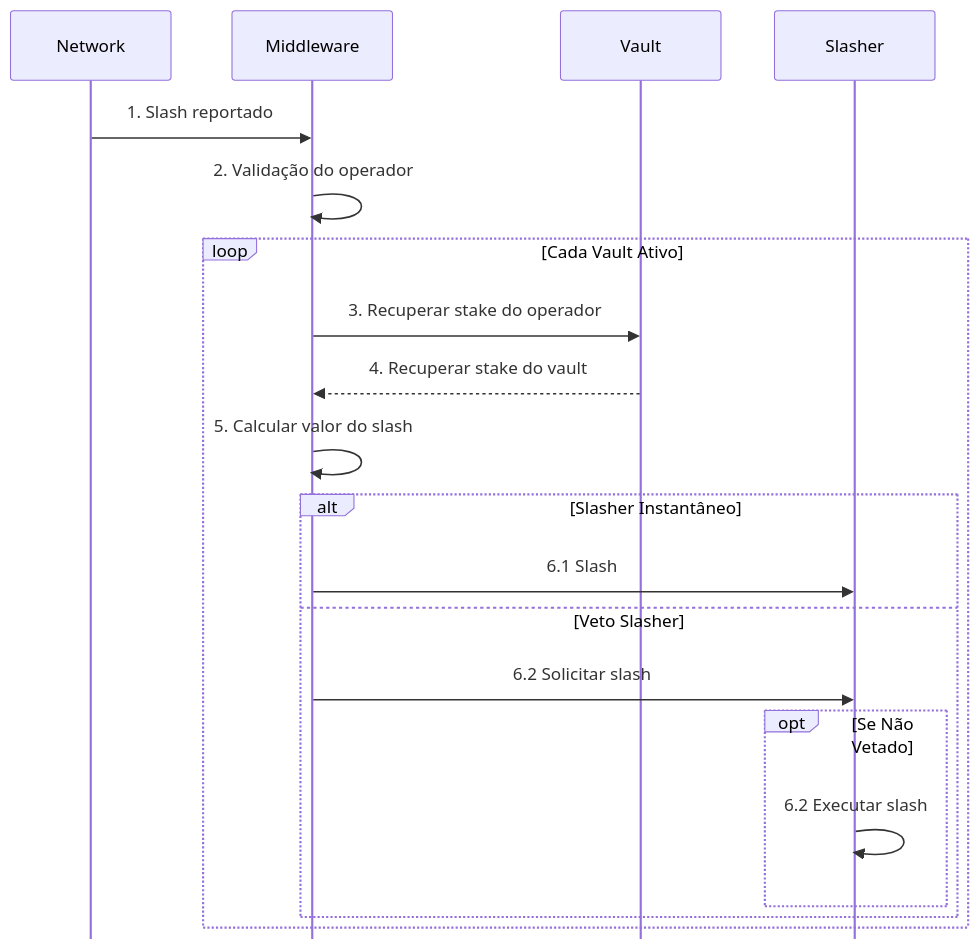
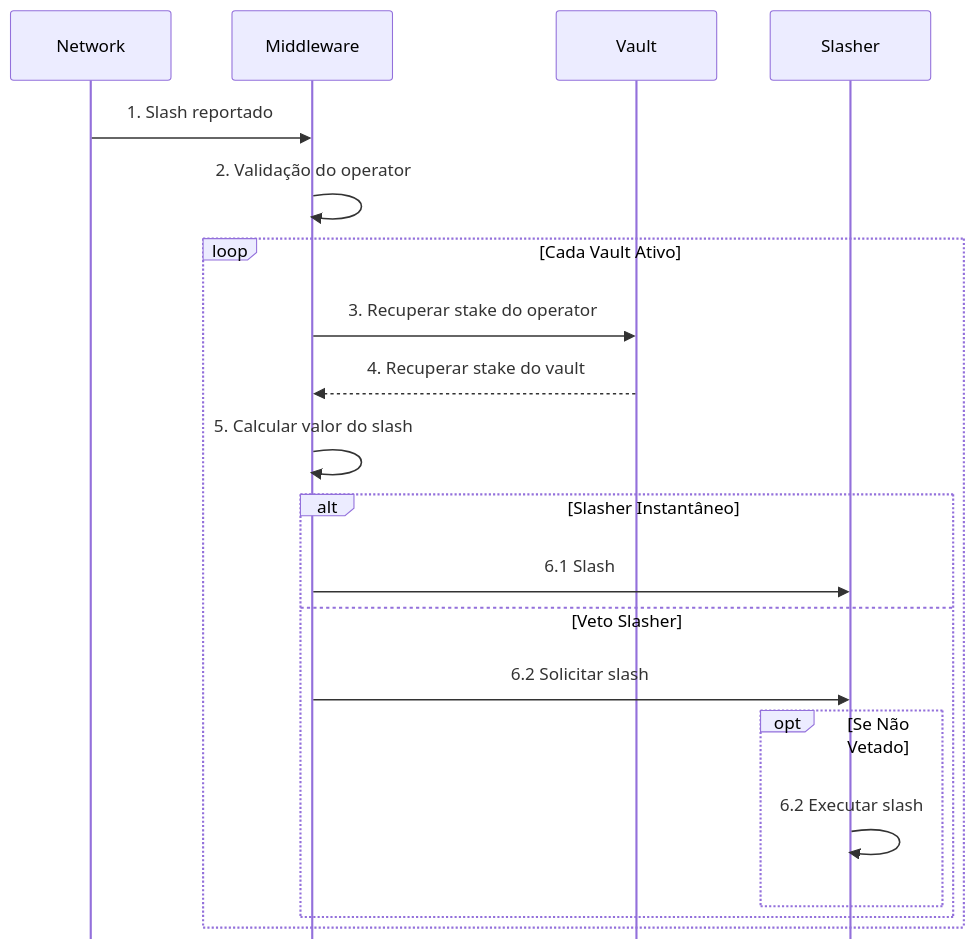
Before and after one commit to moondance-labs/tanssi-docs: the sixth of 6 diagrams in pt/learn/tanssi/external-security-providers/symbiotic.md, drawn with Mermaid. The commit also changed other lines of this file and 85 other files, not shown here.

````diff
--- a/pt/learn/tanssi/external-security-providers/symbiotic.md
+++ b/pt/learn/tanssi/external-security-providers/symbiotic.md
@@ -252,24 +252,24 @@
 ```mermaid
 %%{init: {'sequence': {'mirrorActors': false}}}%%
 sequenceDiagram
     participant Network
     participant Middleware
     participant Vault
     participant Slasher
     
     Network->>Middleware: 1. Slash reportado
-    Middleware->>Middleware: 2. Validação do operador
+    Middleware->>Middleware: 2. Validação do operator
     loop Cada Vault Ativo
-        Middleware->>Vault: 3. Recuperar stake do operador
+        Middleware->>Vault: 3. Recuperar stake do operator
         Vault-->>Middleware: 4. Recuperar stake do vault
         Middleware->>Middleware: 5. Calcular valor do slash
         alt Slasher Instantâneo
             Middleware->>Slasher: 6.1 Slash
         else Veto Slasher
             Middleware->>Slasher: 6.2 Solicitar slash
             opt Se Não Vetado
                 Slasher->>Slasher: 6.2 Executar slash
             end
         end
     end
 ```
````
